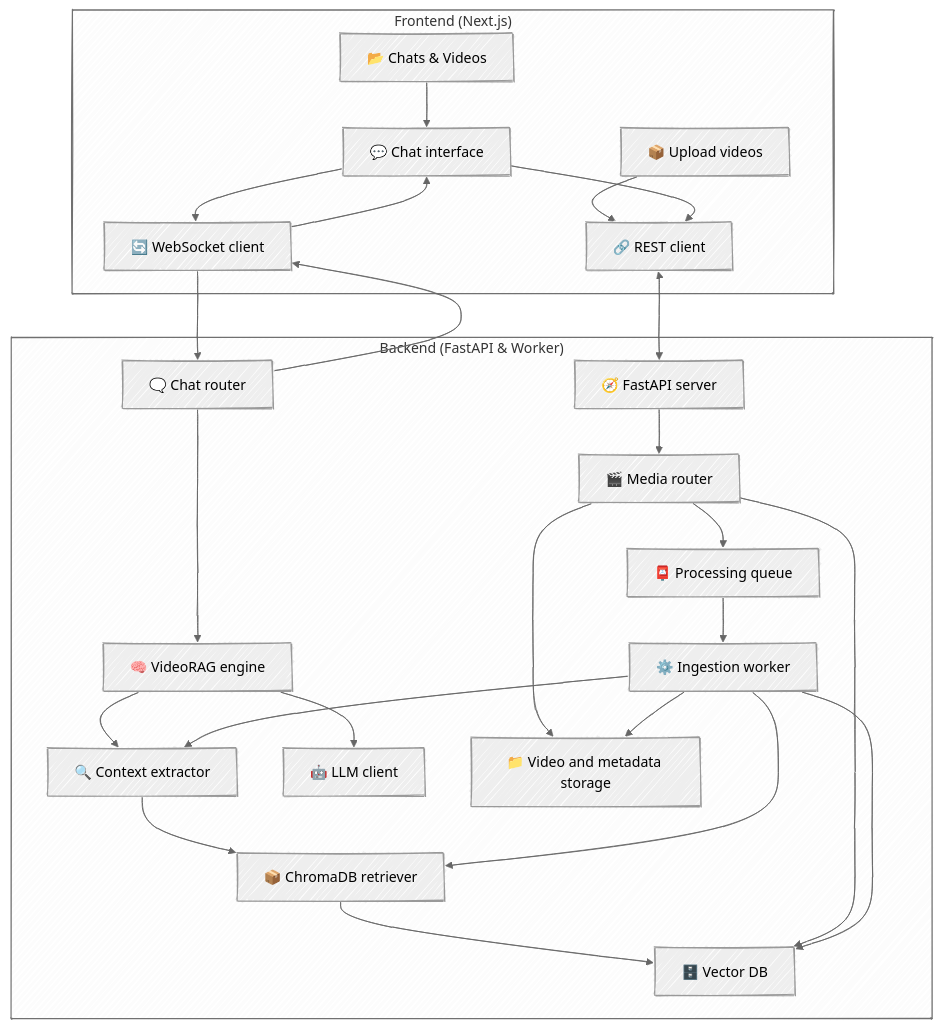
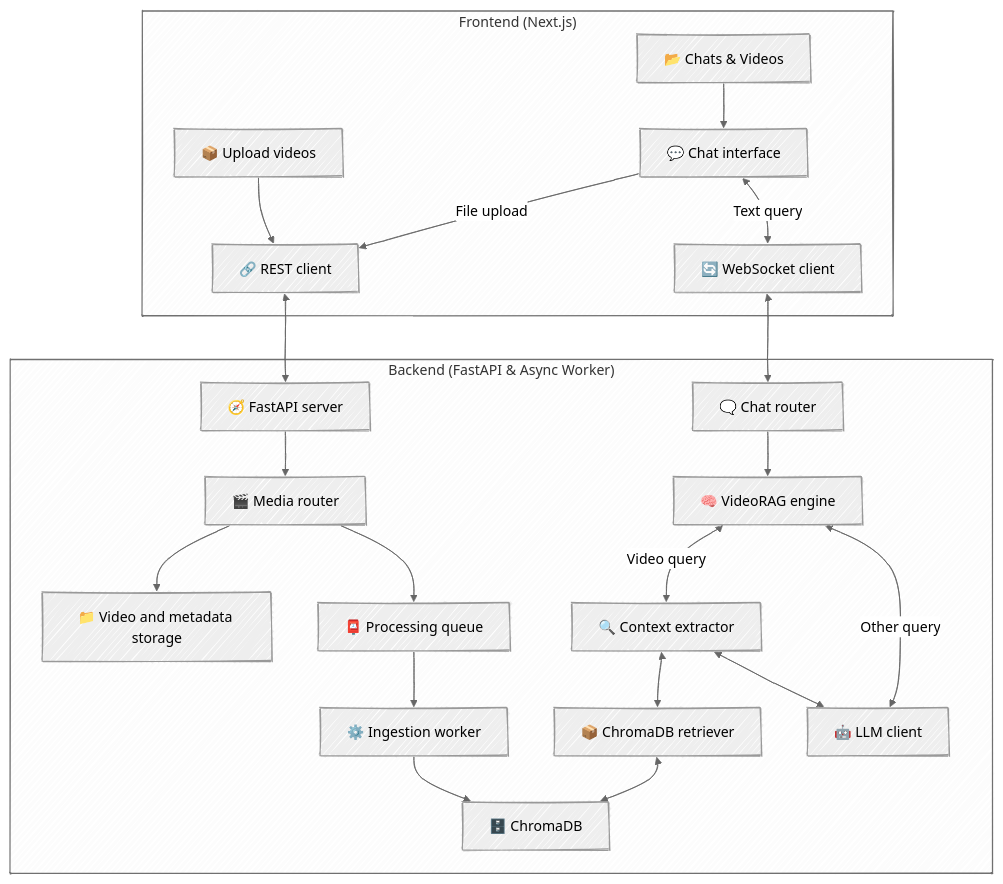
One commit to T0mLam/chrono-chat changed the diagram in README.md. Above: the diagram before and after it, drawn with Mermaid. The commit also changed other lines of this file, not shown here.

````diff
--- a/README.md
+++ b/README.md
@@ -32,56 +66,50 @@
 ```mermaid
 ---
 config:
   look: handDrawn
   theme: neutral
 ---
 
 graph TD
   subgraph "Frontend (Next.js)"
     Sidebar["📂 Chats & Videos"]
     UploadUI["📦 Upload videos"]
     ChatUI["💬 Chat interface"]
     APIClient["🔗 REST client"]
     WSClient["🔄 WebSocket client"]
   end
 
-  subgraph "Backend (FastAPI & Worker)"
+  subgraph "Backend (FastAPI & Async Worker)"
     API["🧭 FastAPI server"]
     ChatRouter["🗨️ Chat router"]
     MediaRouter["🎬 Media router"]
     VideoRAG["🧠 VideoRAG engine"]
     ContextExtractor["🔍 Context extractor"]
     Retriever["📦 ChromaDB retriever"]
     LLMClient["🤖 LLM client"]
     Worker["⚙️ Ingestion worker"]
-    MediaDB["🗄️ Vector DB"]
+    MediaDB["🗄️ ChromaDB"]
     MediaStorage["📁 Video and metadata storage"]
     VideoQueue["📮 Processing queue"]
   end
 
   Sidebar --> ChatUI
   UploadUI --> APIClient
-  ChatUI --> APIClient
-  ChatUI --> WSClient
+  ChatUI -- "File upload" --> APIClient
+  ChatUI <--"Text query" --> WSClient
 
   APIClient <--> API
-  WSClient --> ChatRouter
+  WSClient <--> ChatRouter
   ChatRouter --> VideoRAG
-  VideoRAG --> ContextExtractor
-  ContextExtractor --> Retriever
-  Retriever --> MediaDB
-  VideoRAG --> LLMClient
-
-  ChatRouter --> WSClient
-  WSClient --> ChatUI
+  VideoRAG <-- "Video query" --> ContextExtractor
+  VideoRAG <-- "Other query" --> LLMClient
+  ContextExtractor <--> Retriever
+  ContextExtractor <--> LLMClient
+  Retriever <--> MediaDB
 
   API --> MediaRouter
-  MediaRouter --> MediaDB
   MediaRouter --> MediaStorage
   MediaRouter --> VideoQueue
   VideoQueue --> Worker
-  Worker --> ContextExtractor
-  Worker --> Retriever
   Worker --> MediaDB
-  Worker --> MediaStorage
 ```
````
